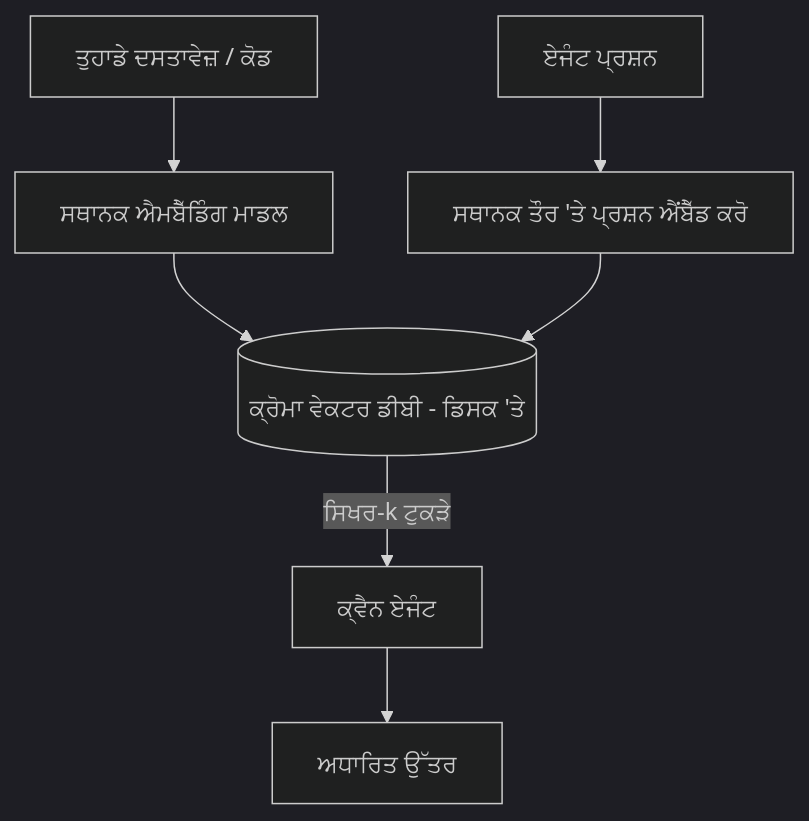
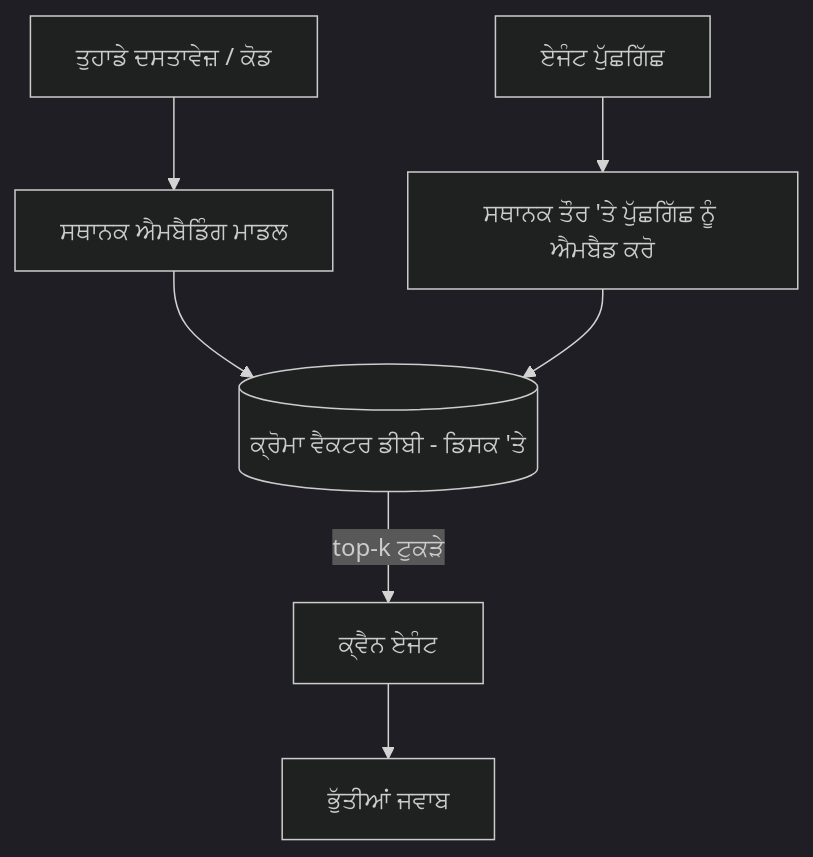
The third of 4 diagrams in mirrors/repos/microsoft@ai-agents-for-beginners/translations/pa/17-creating-local-ai-agents/README.md (gabrielmoreira/agent-skills-mirror), drawn with Mermaid (dark theme) before and after one commit. The commit also changed other lines of this file and 4262 other files, not shown here.

````diff
--- a/mirrors/repos/microsoft@ai-agents-for-beginners/translations/pa/17-creating-local-ai-agents/README.md
+++ b/mirrors/repos/microsoft@ai-agents-for-beginners/translations/pa/17-creating-local-ai-agents/README.md
@@ -125,9 +125,9 @@
 ```mermaid
 flowchart TB
-    D[ਤੁਹਾਡੇ ਦਸਤਾਵੇਜ਼ / ਕੋਡ] --> E[ਸਥਾਨਕ ਐਮਬੈੱਡਿੰਗ ਮਾਡਲ]
-    E --> V[(ਕ੍ਰੋਮਾ ਵੇਕਟਰ ਡੀਬੀ - ਡਿਸਕ 'ਤੇ)]
-    Q[ਏਜੰਟ ਪ੍ਰਸ਼ਨ] --> QE[ਸਥਾਨਕ ਤੌਰ 'ਤੇ ਪ੍ਰਸ਼ਨ ਐਂਬੈੱਡ ਕਰੋ]
+    D[ਤੁਹਾਡੇ ਦਸਤਾਵੇਜ਼ / ਕੋਡ] --> E[ਸਥਾਨਕ ਐਮਬੈਡਿੰਗ ਮਾਡਲ]
+    E --> V[(ਕ੍ਰੋਮਾ ਵੈਕਟਰ ਡੀਬੀ - ਡਿਸਕ 'ਤੇ)]
+    Q[ਏਜੰਟ ਪੁੱਛਗਿੱਛ] --> QE[ਸਥਾਨਕ ਤੌਰ 'ਤੇ ਪੁੱਛਗਿੱਛ ਨੂੰ ਐਮਬੈਡ ਕਰੋ]
     QE --> V
-    V -->|ਸਿਖਰ-k ਟੁਕੜੇ| A[ਕ੍ਵੈਨ ਏਜੰਟ]
-    A --> Ans[ਅਧਾਰਿਤ ਉੱਤਰ]
+    V -->|top-k ਟੁਕੜੇ| A[ਕ੍ਵੈਨ ਏਜੰਟ]
+    A --> Ans[ਭੁੱਤੀਆਂ ਜਵਾਬ]
 ```
````
